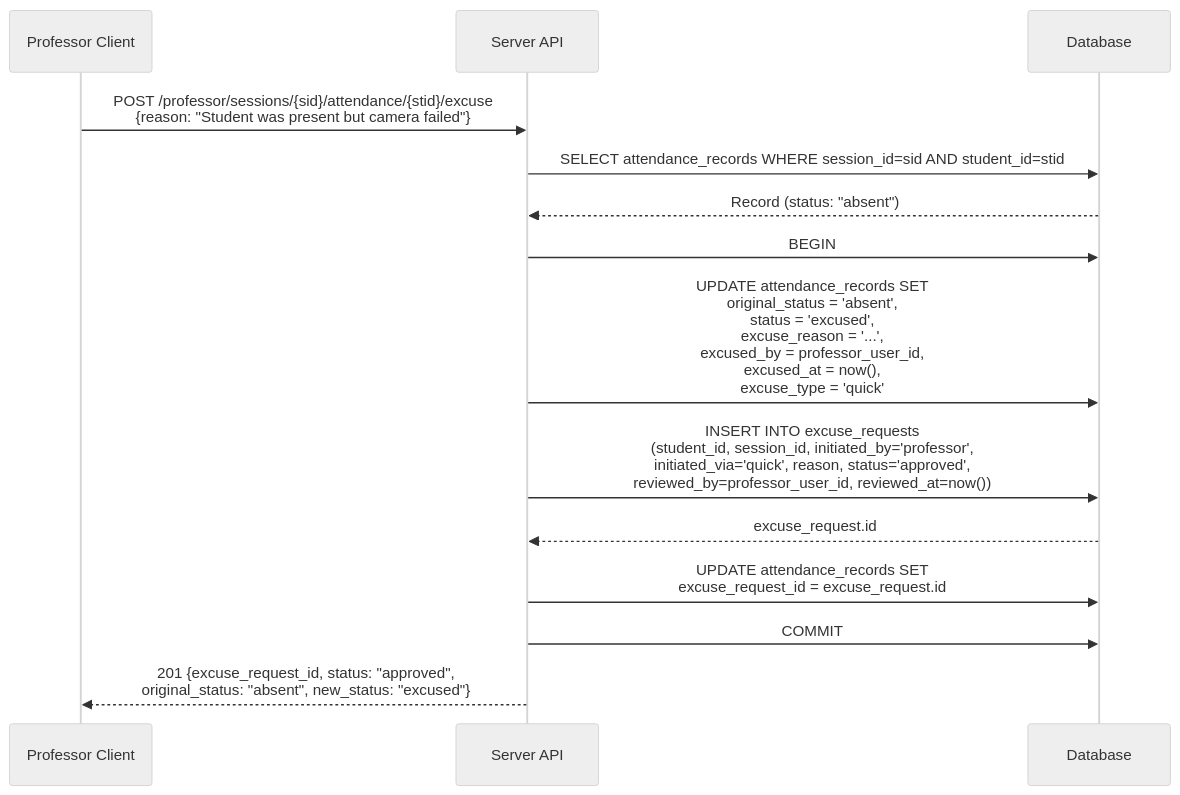
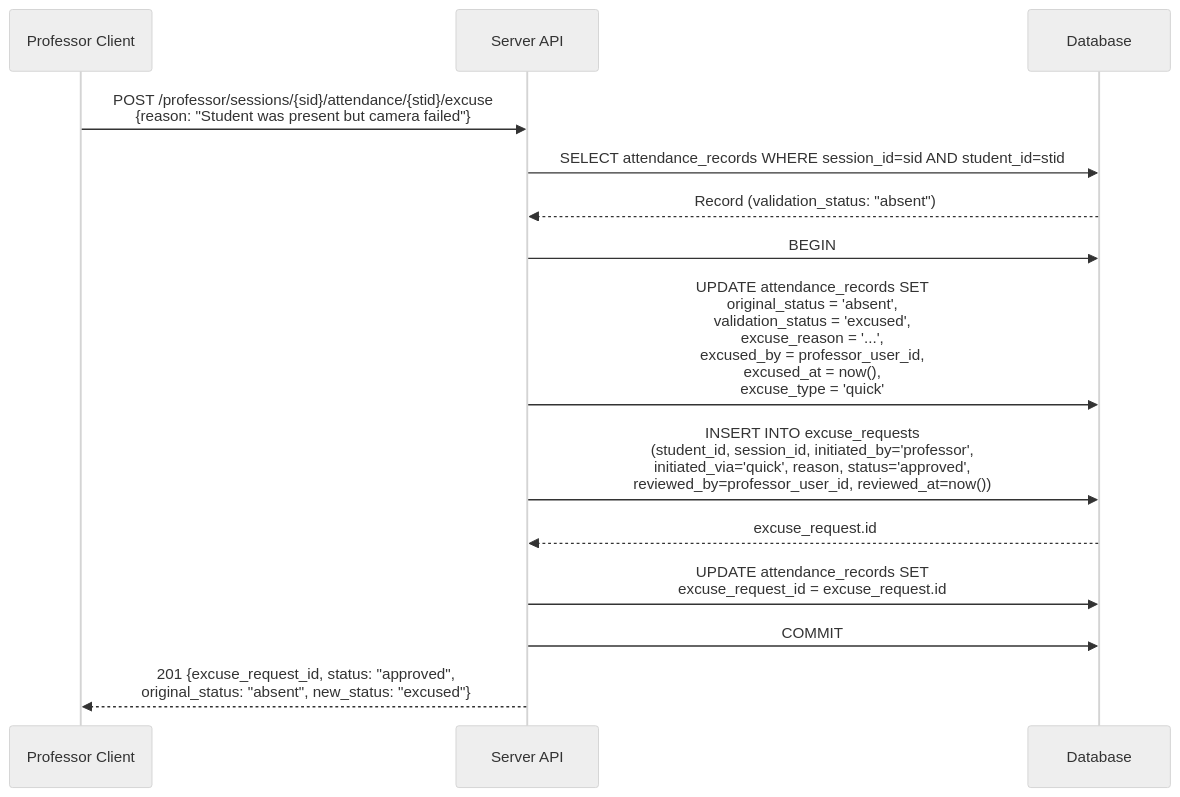
The third of 7 diagrams in docs/architecture/data-flow.md (dhenji/qr_based_attendance_system), drawn with Mermaid (neutral theme) before and after one commit. The commit also changed other lines of this file and 47 other files, not shown here.

````diff
--- a/docs/architecture/data-flow.md
+++ b/docs/architecture/data-flow.md
@@ -115,19 +121,19 @@
 ```mermaid
 sequenceDiagram
     participant P as Professor Client
     participant API as Server API
     participant DB as Database
 
     P->>API: POST /professor/sessions/{sid}/attendance/{stid}/excuse<br>{reason: "Student was present but camera failed"}
     API->>DB: SELECT attendance_records WHERE session_id=sid AND student_id=stid
-    DB-->>API: Record (status: "absent")
+    DB-->>API: Record (validation_status: "absent")
 
     API->>DB: BEGIN
-    API->>DB: UPDATE attendance_records SET<br>original_status = 'absent',<br>status = 'excused',<br>excuse_reason = '...',<br>excused_by = professor_user_id,<br>excused_at = now(),<br>excuse_type = 'quick'
+    API->>DB: UPDATE attendance_records SET<br>original_status = 'absent',<br>validation_status = 'excused',<br>excuse_reason = '...',<br>excused_by = professor_user_id,<br>excused_at = now(),<br>excuse_type = 'quick'
     API->>DB: INSERT INTO excuse_requests<br>(student_id, session_id, initiated_by='professor',<br>initiated_via='quick', reason, status='approved',<br>reviewed_by=professor_user_id, reviewed_at=now())
     DB-->>API: excuse_request.id
     API->>DB: UPDATE attendance_records SET<br>excuse_request_id = excuse_request.id
     API->>DB: COMMIT
 
     API-->>P: 201 {excuse_request_id, status: "approved",<br>original_status: "absent", new_status: "excused"}
 ```
````
